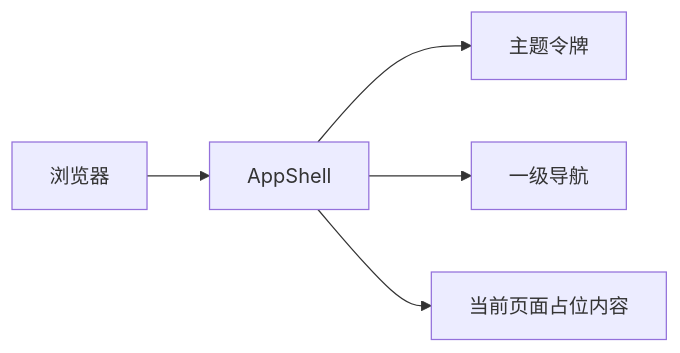
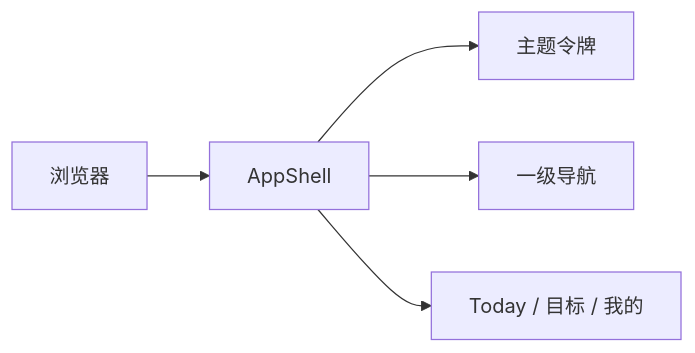
The diagram in apps/web/src/features/shell/FEATURE.md (KlayPeter/Mainline), drawn with Mermaid before and after one commit. The commit also changed other lines of this file and 6 other files, not shown here.

````diff
--- a/apps/web/src/features/shell/FEATURE.md
+++ b/apps/web/src/features/shell/FEATURE.md
@@ -14,7 +14,7 @@
 ```mermaid
 flowchart LR
     Browser["浏览器"] --> App["AppShell"]
     App --> Theme["主题令牌"]
     App --> Nav["一级导航"]
-    App --> Screen["当前页面占位内容"]
+    App --> Screen["Today / 目标 / 我的"]
 ```
````
